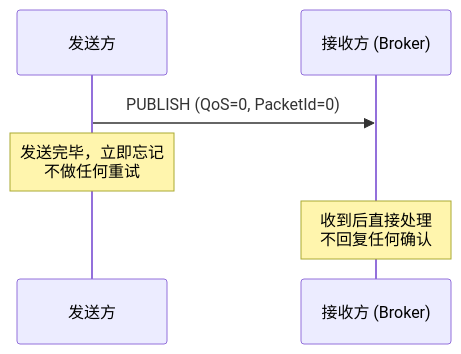
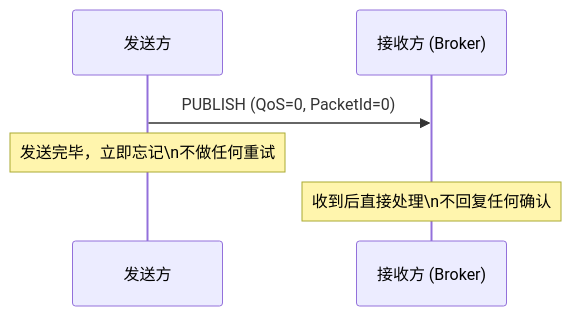
One commit to yaocat55/yaocat55.github.io changed the fifth of 10 diagrams in content/posts/iot/MqttFundamentals.md. Above: the diagram before and after it, drawn with Mermaid. The commit also changed other lines of this file and 155 other files, not shown here.

````diff
--- a/content/posts/iot/MqttFundamentals.md
+++ b/content/posts/iot/MqttFundamentals.md
@@ -247,9 +247,9 @@
 ```mermaid
 sequenceDiagram
     participant SENDER as 发送方
     participant RECEIVER as 接收方 (Broker)
 
     SENDER->>RECEIVER: PUBLISH (QoS=0, PacketId=0)
-    Note over SENDER: 发送完毕，立即忘记<br/>不做任何重试
-    Note over RECEIVER: 收到后直接处理<br/>不回复任何确认
+    Note over SENDER: 发送完毕，立即忘记\n不做任何重试
+    Note over RECEIVER: 收到后直接处理\n不回复任何确认
 ```
````
